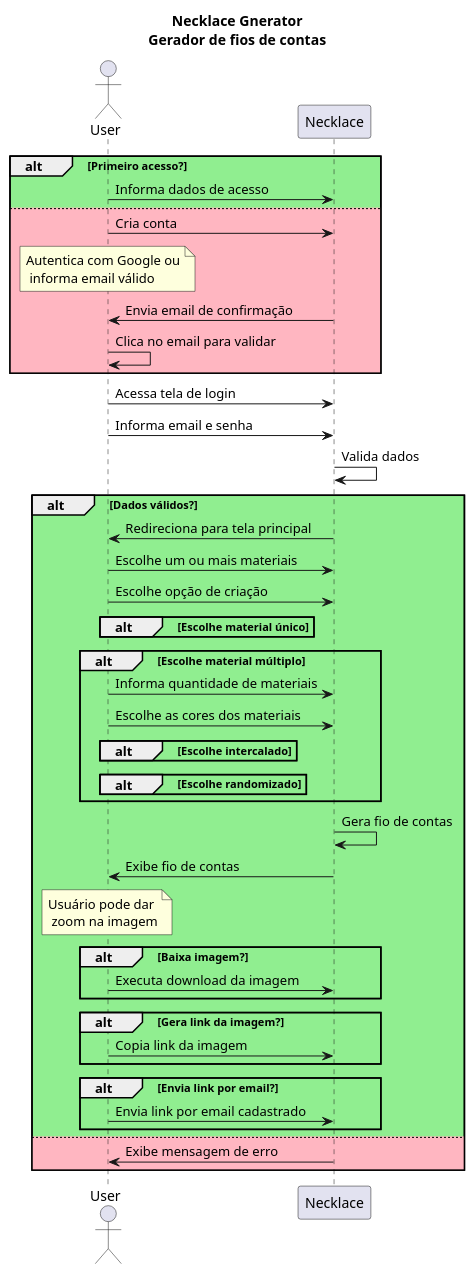
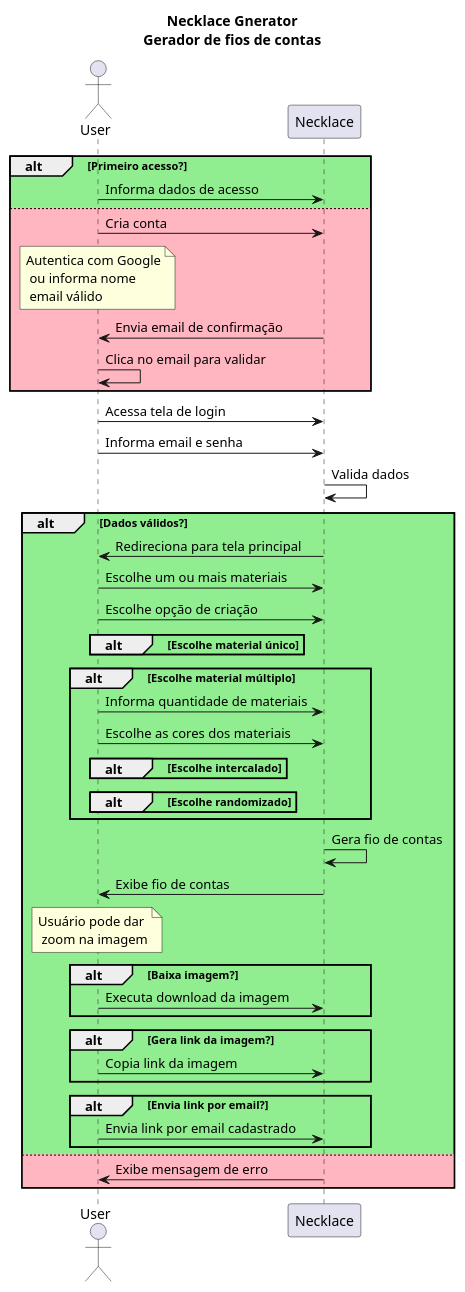
The diagram in docs/fluxogram.puml (TecnoSigma/vo-maria), drawn with PlantUML before and after one commit. The commit also changed 3 other files, not shown here.

```diff
--- a/docs/fluxogram.puml
+++ b/docs/fluxogram.puml
@@ -1,58 +1,58 @@
 @startuml
 title "Necklace Gnerator\nGerador de fios de contas"
         actor User
         participant Necklace
 
         alt #lightgreen Primeiro acesso?
                 User -> Necklace : Informa dados de acesso
         else #lightpink
                 User -> Necklace : Cria conta
-                note over User : Autentica com Google ou\n informa email válido
+                note over User : Autentica com Google\n ou informa nome\n email válido
 
                 Necklace -> User : Envia email de confirmação
                 User -> User : Clica no email para validar
         end
 
         User -> Necklace : Acessa tela de login
         User -> Necklace : Informa email e senha
         Necklace -> Necklace : Valida dados
 
         alt #lightgreen Dados válidos?
                 Necklace -> User : Redireciona para tela principal
                 User -> Necklace : Escolhe um ou mais materiais
                 User -> Necklace : Escolhe opção de criação
 
                 alt #lightgreen Escolhe material único
                 end
 
                 alt #lightgreen Escolhe material múltiplo
                         User -> Necklace : Informa quantidade de materiais
                         User -> Necklace : Escolhe as cores dos materiais
 
                         alt #lightgreen Escolhe intercalado
                         end
 
                         alt #lightgreen Escolhe randomizado
                         end
                 end
 
                 Necklace -> Necklace : Gera fio de contas
                 Necklace -> User : Exibe fio de contas
                 note over User : Usuário pode dar\n zoom na imagem
 
                 alt #lightgreen Baixa imagem?
                         User -> Necklace : Executa download da imagem
                 end
 
                 alt #lightgreen Gera link da imagem?
                         User -> Necklace : Copia link da imagem
                 end
 
                 alt #lightgreen Envia link por email?
                         User -> Necklace : Envia link por email cadastrado
                 end
 
         else #lightpink
                 Necklace -> User : Exibe mensagem de erro
         end
 @enduml
```
